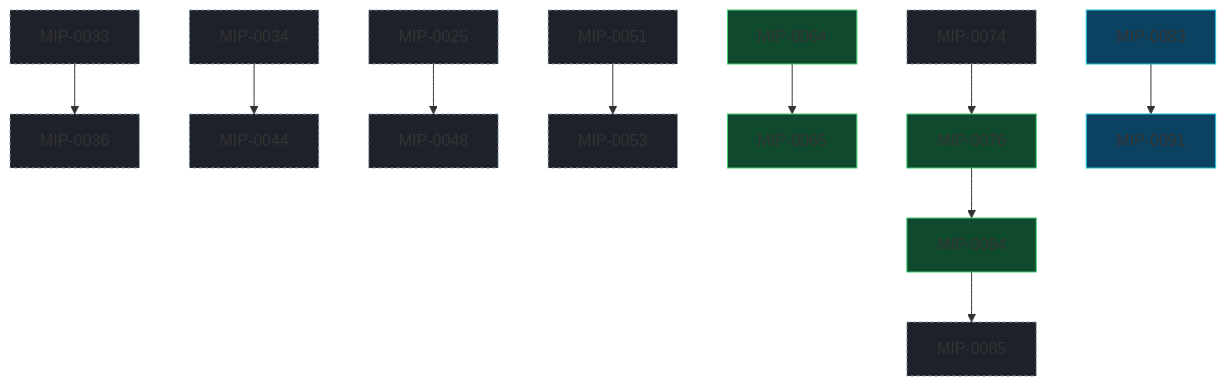
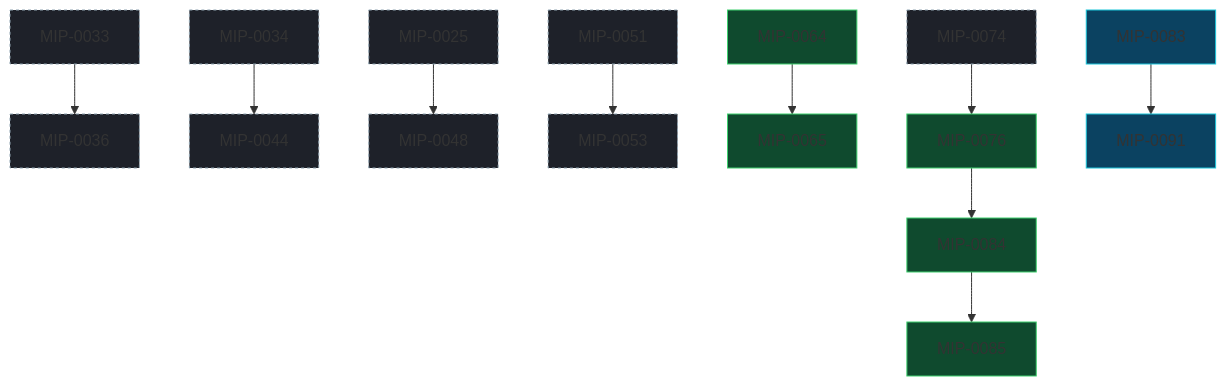
One commit to marola-dev/marola changed the diagram in docs/MIPs/README.md. Above: the diagram before and after it, drawn with Mermaid. The commit also changed other lines of this file and 2 other files, not shown here.

Commit message:
MIP-0085: live close, Status to Implemented (task 11)
On the bundle bundle-publish pushed from main@4148d45, route bench answers 30 of 34 right first:
symbol 6/6, wiring 7/7, doc-code 5/6, impact 5/5, decision 4/5, meaning 3/5, against MIP-0084's
17/34 on the same questions. Every §7 "Done means" item holds, so the Status moves to Implemented
and a live-close appendix records the table. DECISIONS.md and the MIP index follow the status.

Closes #783

Tested: live — route fetch then route bench routing-bench.yaml in a fresh worktree, no Nix, against routing-bundle main@4148d45: 30/34, per type as above, the same as its build.json; the manifest lists doc_code.json, decisions.json and meaning.json. Gates: decisions --check current, mip_graph --check, docs-lint clean (devkit v0.20.2 scripts).

````diff
--- a/docs/MIPs/README.md
+++ b/docs/MIPs/README.md
@@ -100,32 +100,32 @@
 ```mermaid
 flowchart TD
   classDef draft fill:#1e2129,stroke:#8fa3b0,stroke-dasharray:3 3;
   classDef accepted fill:#0b4261,stroke:#1ac5da;
   classDef implemented fill:#0f4a2e,stroke:#3ecf6e;
   classDef rejected fill:#2a2d35,stroke:#666,color:#999;
   M0025["MIP-0025"]:::draft
   M0033["MIP-0033"]:::draft
   M0034["MIP-0034"]:::draft
   M0036["MIP-0036"]:::draft
   M0044["MIP-0044"]:::draft
   M0048["MIP-0048"]:::draft
   M0051["MIP-0051"]:::draft
   M0053["MIP-0053"]:::draft
   M0064["MIP-0064"]:::implemented
   M0065["MIP-0065"]:::implemented
   M0074["MIP-0074"]:::draft
   M0076["MIP-0076"]:::implemented
   M0083["MIP-0083"]:::accepted
   M0084["MIP-0084"]:::implemented
-  M0085["MIP-0085"]:::draft
+  M0085["MIP-0085"]:::implemented
   M0091["MIP-0091"]:::accepted
   M0025 --> M0048
   M0033 --> M0036
   M0034 --> M0044
   M0051 --> M0053
   M0064 --> M0065
   M0074 --> M0076
   M0076 --> M0084
   M0083 --> M0091
   M0084 --> M0085
 ```
````
